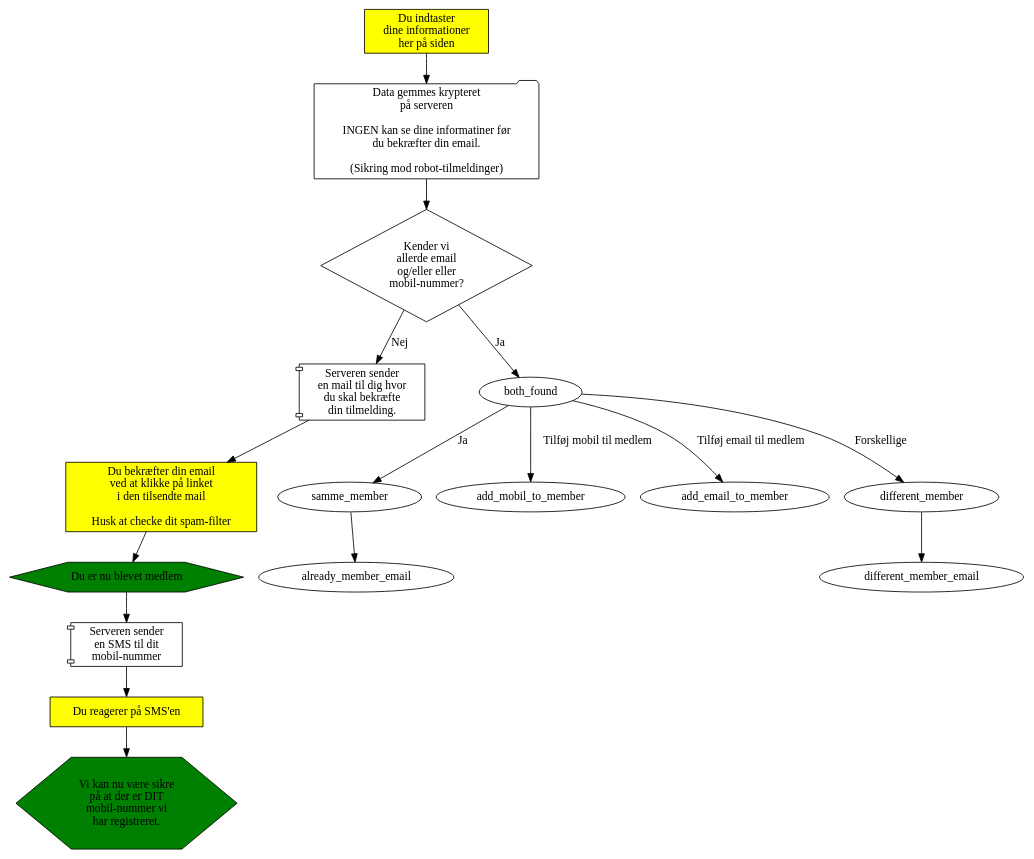
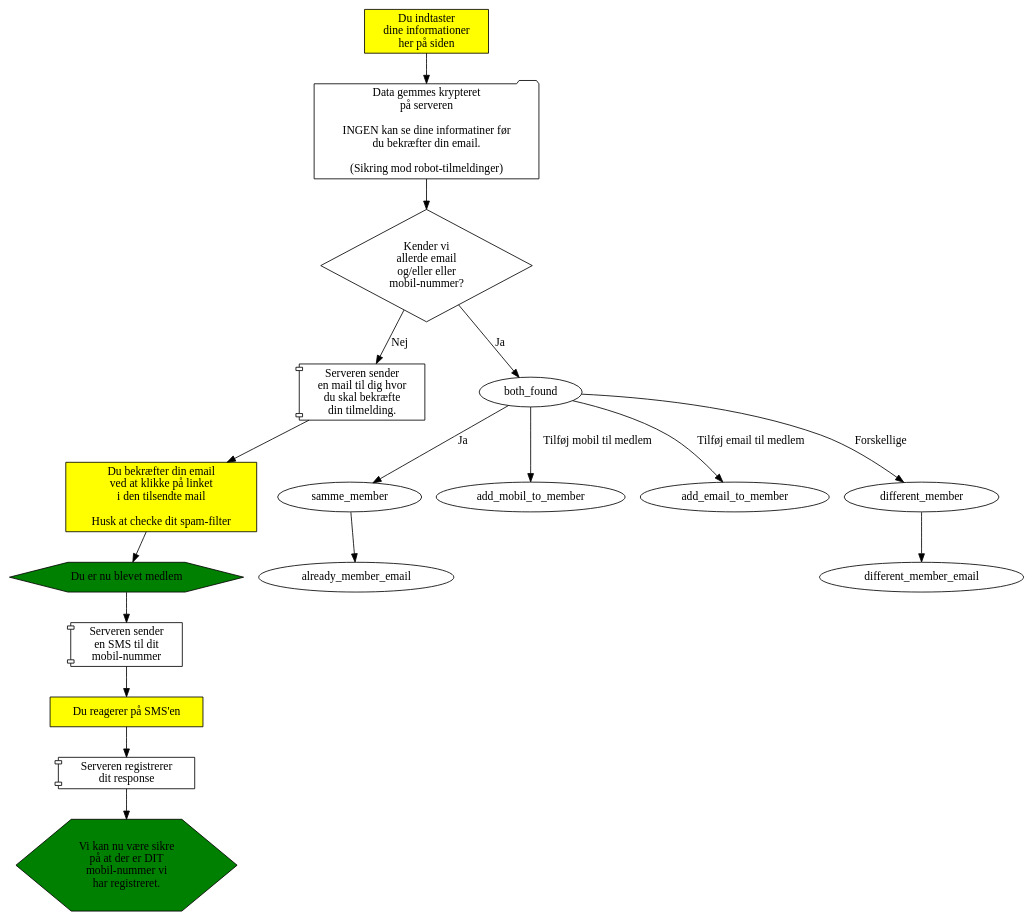
The diagram in medlemskab/indmeldelse.dot (alslug/alslug.dk), drawn with Graphviz before and after one commit.

```diff
--- a/medlemskab/indmeldelse.dot
+++ b/medlemskab/indmeldelse.dot
@@ -1,28 +1,34 @@
 digraph indmeldelse {
   { # Dine handlinger
     node [ shape=box style=filled fillcolor=yellow ];
     indtast                [label="Du indtaster\ndine informationer\nher på siden"];
     confirm_email          [label="Du bekræfter din email\nved at klikke på linket\ni den tilsendte mail\n\nHusk at checke dit spam-filter"];
     confirm_sms            [label="Du reagerer på SMS'en"];
   }
   send_tilmelding        [shape=folder label="Data gemmes krypteret\npå serveren\n\nINGEN kan se dine informatiner før\ndu bekræfter din email.\n\n(Sikring mod robot-tilmeldinger)"];
   { # Server-aktiviteter
     node [shape=component];
     server_sender_ny_email [label="Serveren sender\nen mail til dig hvor\ndu skal bekræfte\ndin tilmelding."];
     server_sender_sms      [label="Serveren sender\nen SMS til dit\nmobil-nummer"];
+    sms_confirmed          [label="Serveren registrerer\ndit response"];
   }
   { # Results
     node [shape=hexagon   style=filled fillcolor=green ];
     du_biver_medlem  [label="Du er nu blevet medlem"];
     mobile_ok        [label="Vi kan nu være sikre\npå at der er DIT\nmobil-nummer vi\nhar registreret."]; 
   }
+  { # Valg
+    findes_allerede        [shape=diamond                                 label="Kender vi\nallerde email\nog/eller eller\nmobil-nummer?"];
+  }
 
-  findes_allerede        [shape=diamond                                 label="Kender vi\nallerde email\nog/eller eller\nmobil-nummer?"];
-  
   indtast -> send_tilmelding -> findes_allerede;
-                                findes_allerede -> server_sender_ny_email [label="Nej"];  server_sender_ny_email -> confirm_email -> du_biver_medlem -> server_sender_sms -> confirm_sms -> mobile_ok;
-                                findes_allerede -> both_found             [label="Ja"];   both_found -> samme_member        [label="Ja"];                      samme_member -> already_member_email;
-                                                                                          both_found -> add_mobil_to_member [label="Tilføj mobil til medlem"];
-                                                                                          both_found -> add_email_to_member [label="Tilføj email til medlem"];
-                                                                                          both_found -> different_member    [label="Forskellige"];             different_member -> different_member_email;
+                                findes_allerede -> server_sender_ny_email [label="Nej"];
+                                                   server_sender_ny_email -> confirm_email -> du_biver_medlem -> server_sender_sms -> confirm_sms -> sms_confirmed ->mobile_ok;
+                                findes_allerede -> both_found             [label="Ja"];
+                                                   both_found -> samme_member        [label="Ja"];
+                                                                 samme_member -> already_member_email;
+                                                   both_found -> add_mobil_to_member [label="Tilføj mobil til medlem"];
+                                                   both_found -> add_email_to_member [label="Tilføj email til medlem"];
+                                                   both_found -> different_member    [label="Forskellige"];
+                                                                 different_member -> different_member_email;
 }
```
